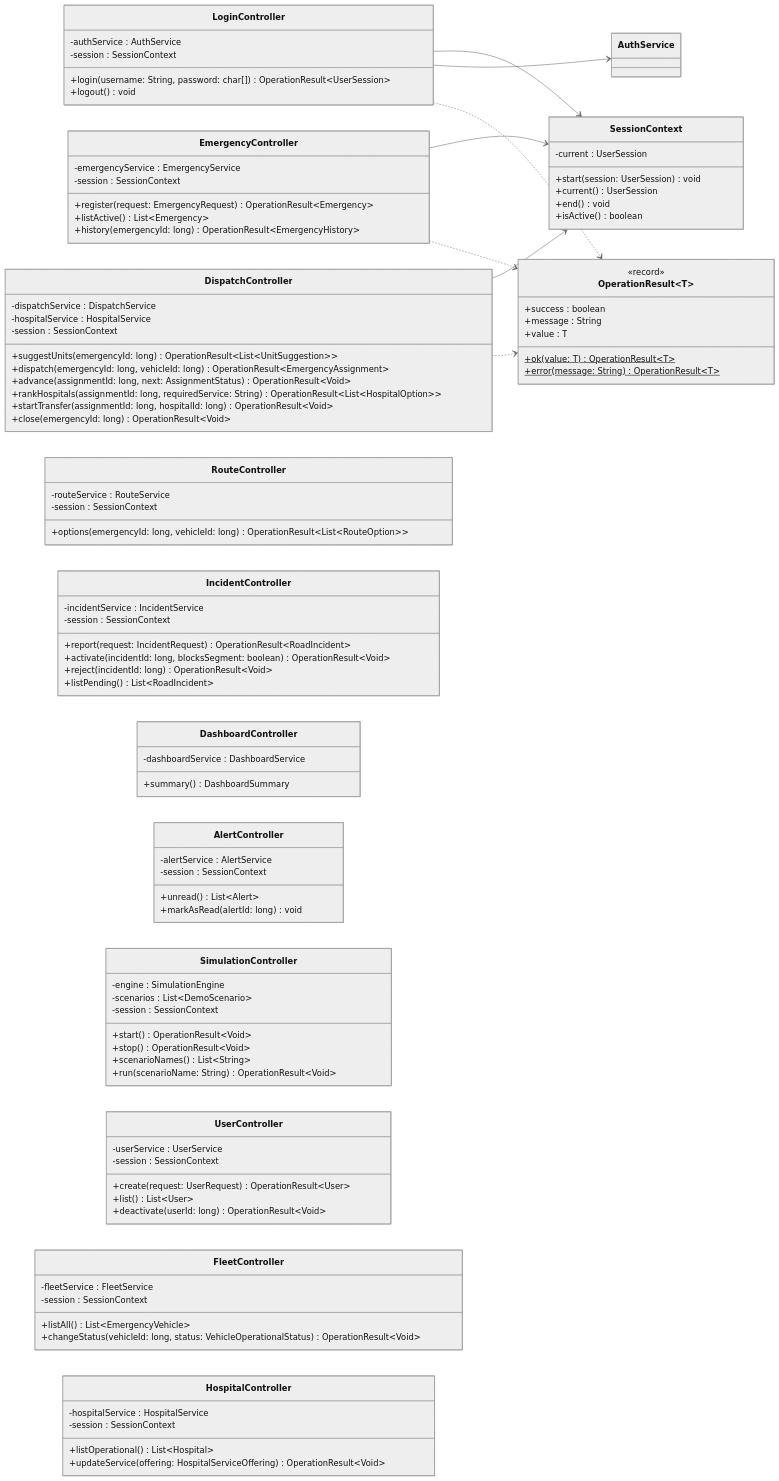
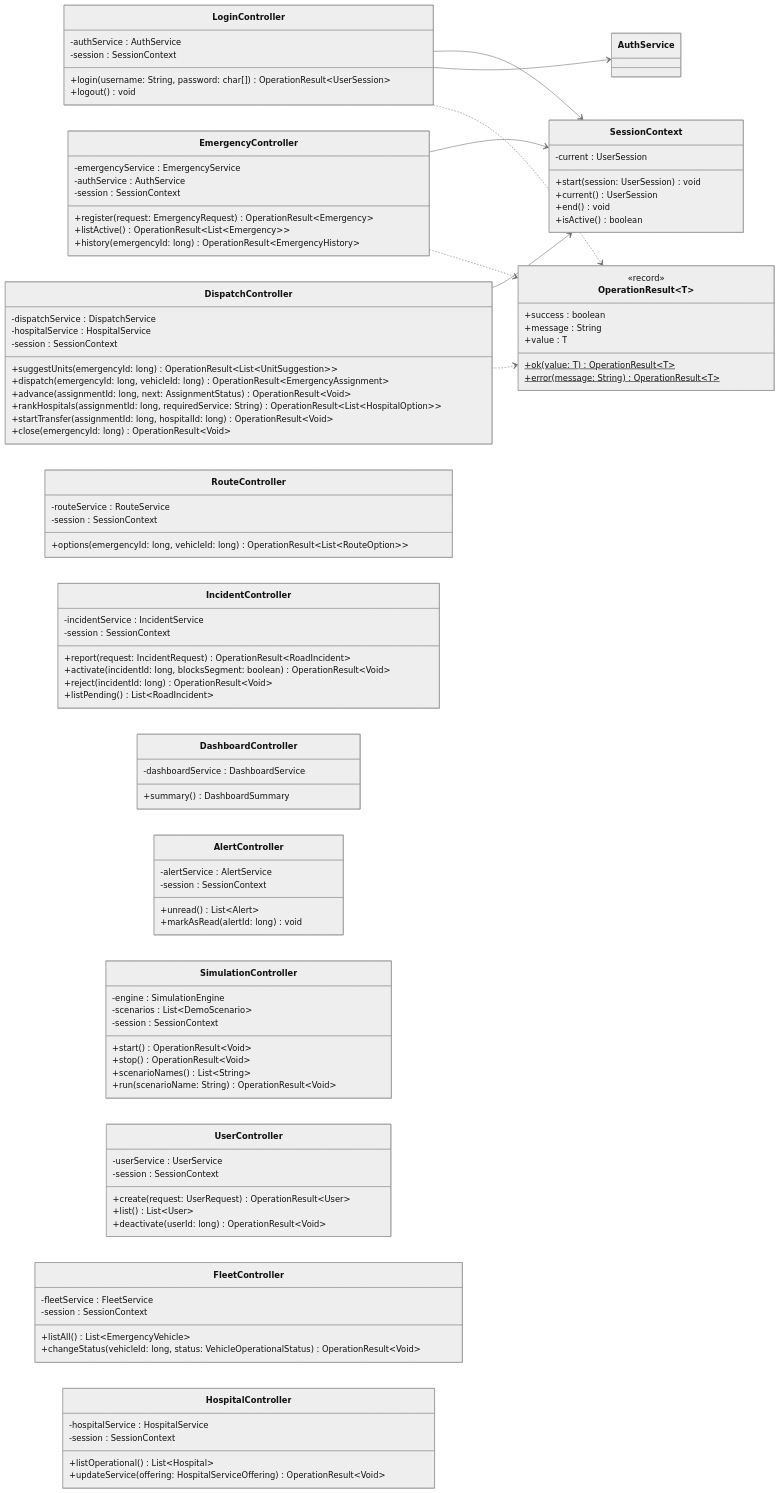
Diagram 22 of 23 in docs/class-diagram.md (afzabaleta/RutaVida), drawn with Mermaid (neutral theme) before and after one commit. The commit also changed other lines of this file, not shown here.

Commit message:
docs: complete-emergency-diagram

```diff
--- a/docs/class-diagram.md
+++ b/docs/class-diagram.md
@@ -1694,12 +1694,13 @@
         +logout() void
     }
     class EmergencyController {
-        -emergencyService : EmergencyService
-        -session : SessionContext
-        +register(request: EmergencyRequest) OperationResult~Emergency~
-        +listActive() List~Emergency~
-        +history(emergencyId: long) OperationResult~EmergencyHistory~
-    }
+    -emergencyService : EmergencyService
+    -authService : AuthService
+    -session : SessionContext
+    +register(request: EmergencyRequest) OperationResult~Emergency~
+    +listActive() OperationResult~List~Emergency~~
+    +history(emergencyId: long) OperationResult~EmergencyHistory~
+}
     class DispatchController {
         -dispatchService : DispatchService
         -hospitalService : HospitalService
```
